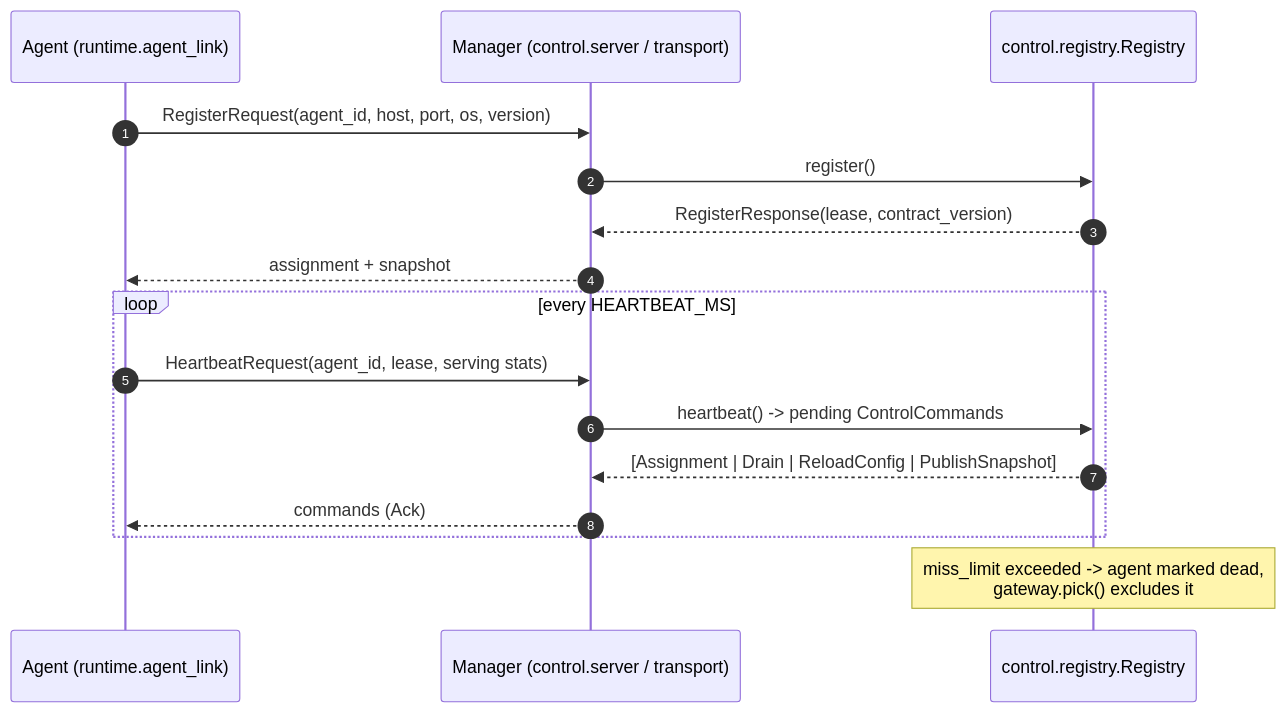
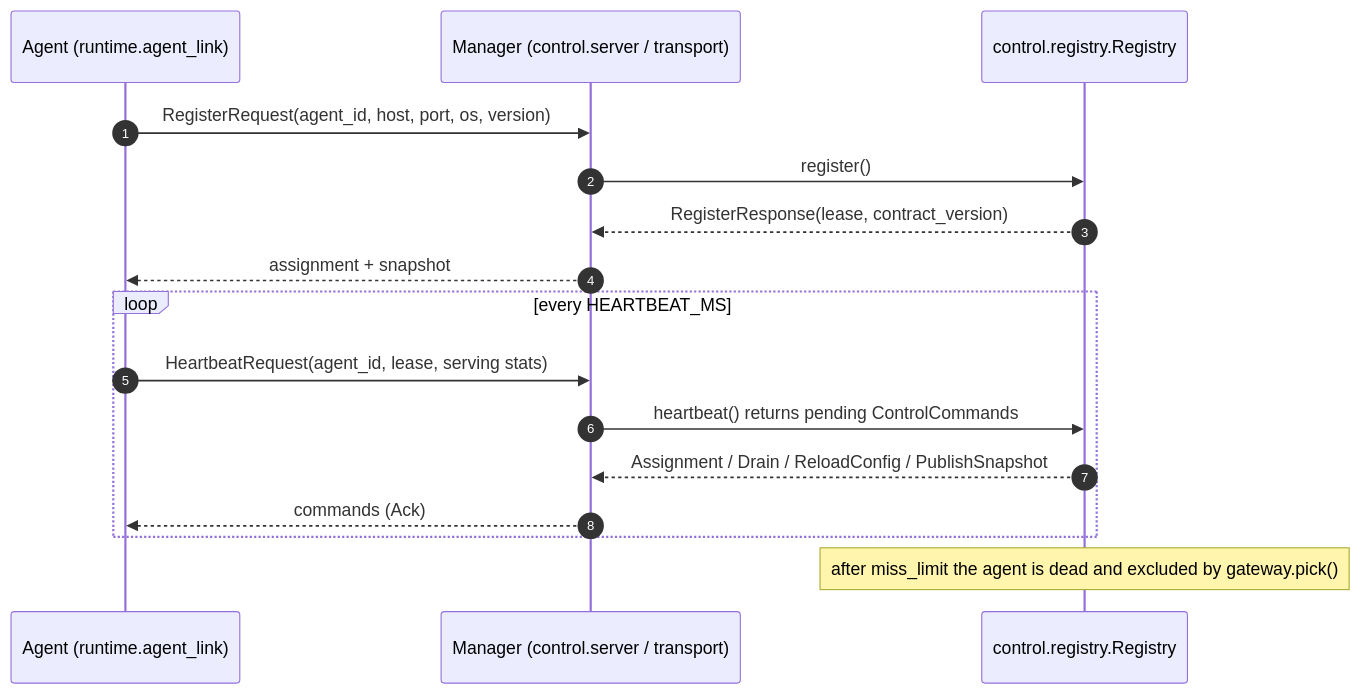
One commit to Andreas-bersgtedt/Fabric-Shortcut-Proxy changed diagram 12 of 13 in TechnicalArchitecture.md. Above: the diagram before and after it, drawn with Mermaid. The commit also changed other lines of this file, not shown here.

Commit message:
docs: fix mermaid parse errors in TechnicalArchitecture sequence diagrams
GitHub's mermaid treats ';' as a statement separator and re-tokenizes '|'/'->' in sequence messages/conditions/notes. Replace them (semicolon->comma, pipes->slashes, arrow-text->words) so the auth-middleware and control-plane sequence diagrams render.

````diff
--- a/TechnicalArchitecture.md
+++ b/TechnicalArchitecture.md
@@ -493,19 +493,19 @@
 ```mermaid
 sequenceDiagram
   autonumber
   participant AG as Agent (runtime.agent_link)
   participant MG as Manager (control.server / transport)
   participant RG as control.registry.Registry
 
   AG->>MG: RegisterRequest(agent_id, host, port, os, version)
   MG->>RG: register()
   RG-->>MG: RegisterResponse(lease, contract_version)
   MG-->>AG: assignment + snapshot
   loop every HEARTBEAT_MS
     AG->>MG: HeartbeatRequest(agent_id, lease, serving stats)
-    MG->>RG: heartbeat() -> pending ControlCommands
-    RG-->>MG: [Assignment | Drain | ReloadConfig | PublishSnapshot]
+    MG->>RG: heartbeat() returns pending ControlCommands
+    RG-->>MG: Assignment / Drain / ReloadConfig / PublishSnapshot
     MG-->>AG: commands (Ack)
   end
-  Note over RG: miss_limit exceeded -> agent marked dead,<br/>gateway.pick() excludes it
+  Note over RG: after miss_limit the agent is dead and excluded by gateway.pick()
 ```
````
